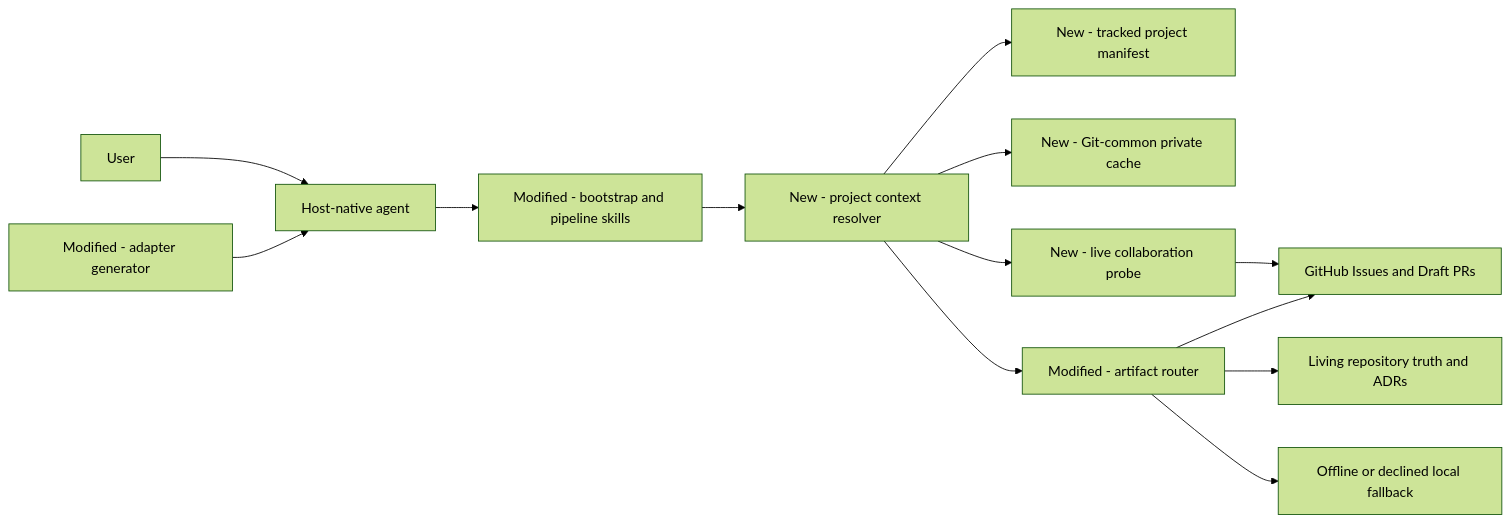
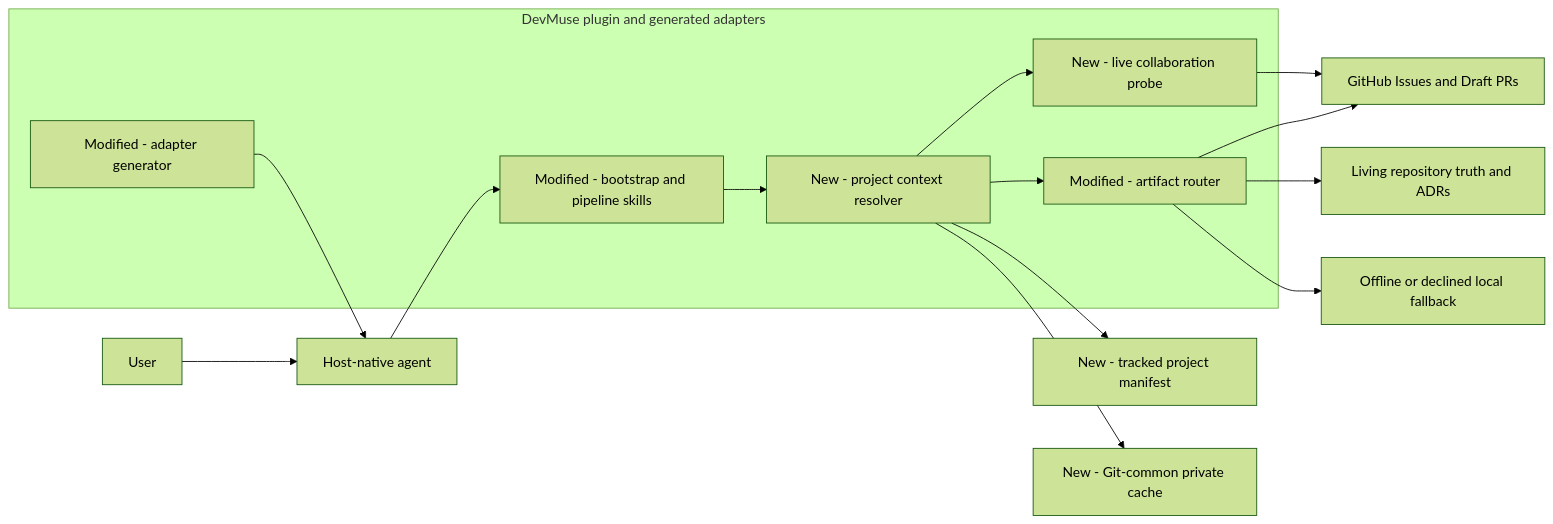
The first of 4 diagrams in docs/specs/2026-08-22-github-first-project-context-design.md (knotmark-ai/devmuse), drawn with Mermaid (forest theme) before and after one commit. The commit also changed other lines of this file and 2 other files, not shown here.

Commit message:
docs(specs): close project-context review gaps

````diff
--- a/docs/specs/2026-08-22-github-first-project-context-design.md
+++ b/docs/specs/2026-08-22-github-first-project-context-design.md
@@ -46,15 +46,22 @@
 ```mermaid
 graph LR
     User["User"] --> Host["Host-native agent"]
-    Host --> Bootstrap["Modified - bootstrap and pipeline skills"]
-    Bootstrap --> Resolver["New - project context resolver"]
+    subgraph DevMuse["DevMuse plugin and generated adapters"]
+        Bootstrap["Modified - bootstrap and pipeline skills"]
+        Resolver["New - project context resolver"]
+        Probe["New - live collaboration probe"]
+        Router["Modified - artifact router"]
+        Generator["Modified - adapter generator"]
+    end
+    Host --> Bootstrap
+    Bootstrap --> Resolver
     Resolver --> Manifest["New - tracked project manifest"]
     Resolver --> Cache["New - Git-common private cache"]
-    Resolver --> Probe["New - live collaboration probe"]
+    Resolver --> Probe
     Probe --> GitHub["GitHub Issues and Draft PRs"]
-    Resolver --> Router["Modified - artifact router"]
+    Resolver --> Router
     Router --> GitHub
     Router --> Docs["Living repository truth and ADRs"]
     Router --> Fallback["Offline or declined local fallback"]
-    Generator["Modified - adapter generator"] --> Host
+    Generator --> Host
 ```
````
